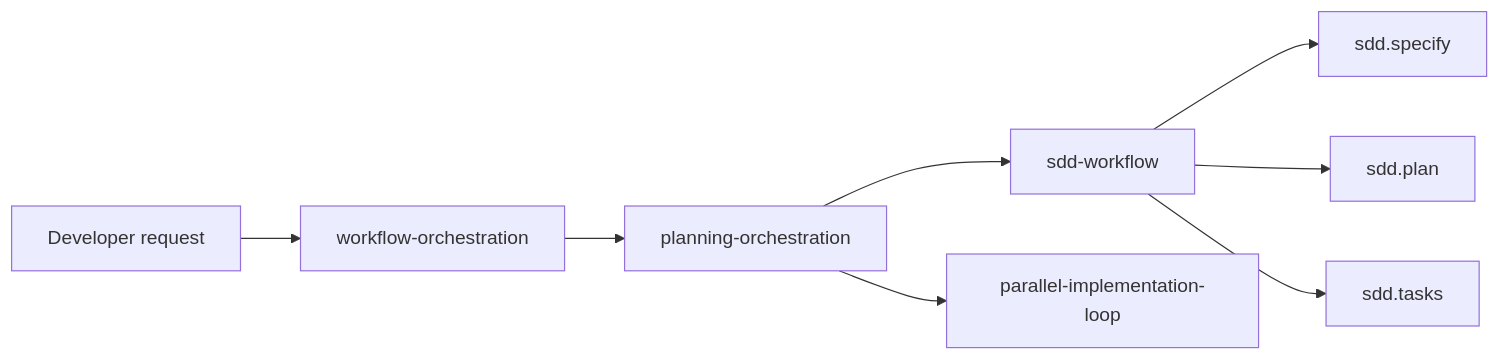
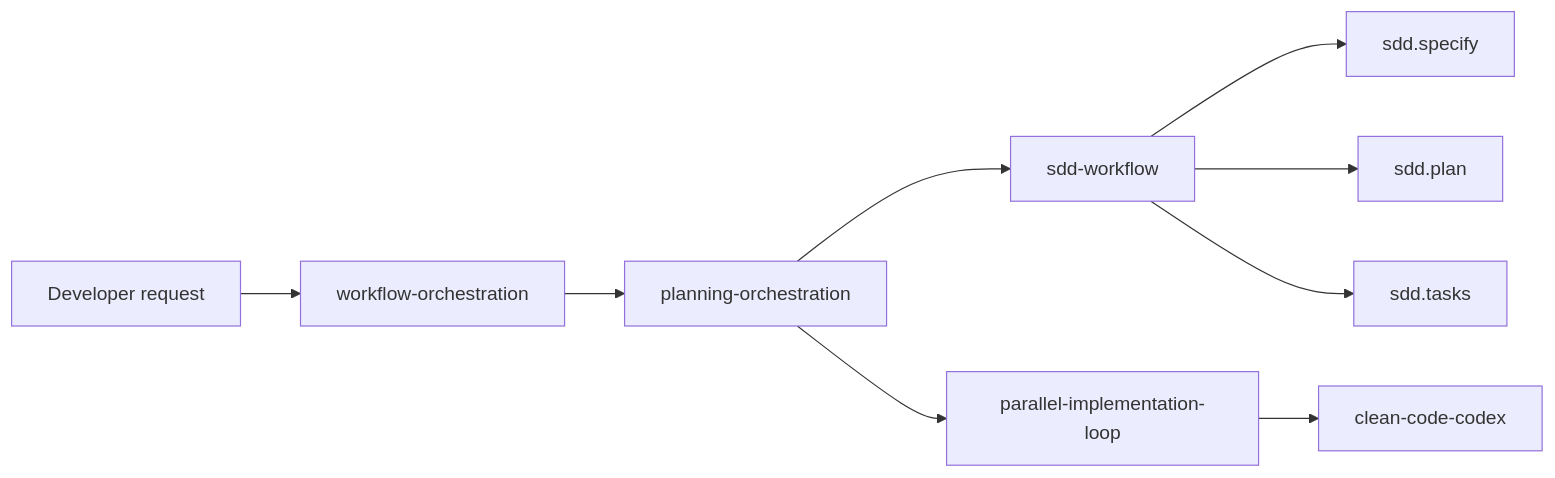
Before and after one commit to mikecubed/agent-orchestration: the diagram in docs/plugin-composition.md, drawn with Mermaid. The commit also changed other lines of this file and 71 other files, not shown here.

Commit message:
feat: add clean code codex plugin (#10)

````diff
--- a/docs/plugin-composition.md
+++ b/docs/plugin-composition.md
@@ -7,19 +7,21 @@
 ```mermaid
 flowchart LR
     USER[Developer request]
     WO[workflow-orchestration]
     PLAN[planning-orchestration]
     SDD[sdd-workflow]
+    CODEX[clean-code-codex]
     SPEC[sdd.specify]
     P[sdd.plan]
     TASKS[sdd.tasks]
     EXEC[parallel-implementation-loop]
 
     USER --> WO
     WO --> PLAN
     PLAN --> SDD
+    EXEC --> CODEX
     SDD --> SPEC
     SDD --> P
     SDD --> TASKS
     PLAN --> EXEC
 ```
````
